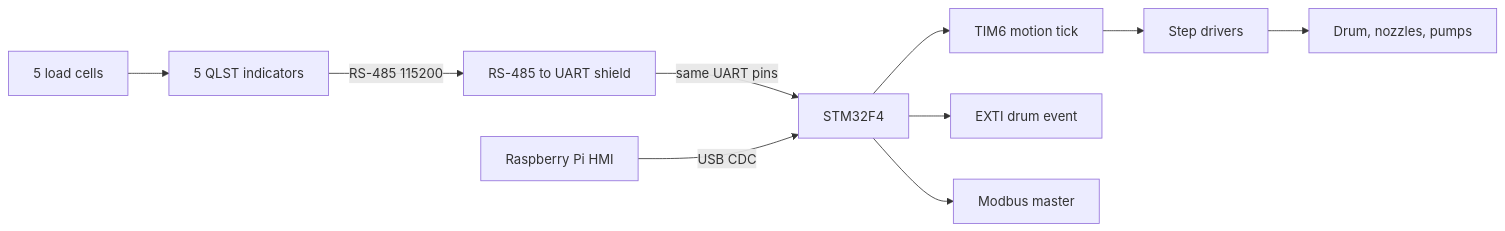
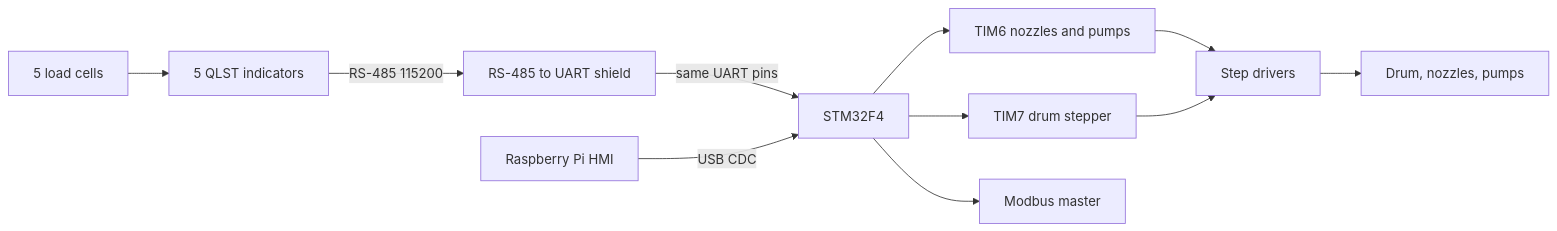
The second of 2 diagrams in _portfolio/0-filling.md (alibeknakhimov/portfolio.github.io), drawn with Mermaid before and after one commit. The commit also changed other lines of this file, not shown here.

Commit message:
another fix

```diff
--- a/_portfolio/0-filling.md
+++ b/_portfolio/0-filling.md
@@ -56,12 +56,13 @@
 <pre class="mermaid">
 flowchart LR
     LC[5 load cells] --> Q[5 QLST indicators]
     Q -->|RS-485 115200| SH[RS-485 to UART shield]
     SH -->|same UART pins| MCU[STM32F4]
-    MCU --> TIM[TIM6 motion tick]
-    MCU --> EXTI[EXTI drum event]
+    MCU --> TIM[TIM6 nozzles and pumps]
+    MCU --> DRUMIRQ[TIM7 drum stepper]
     MCU --> MB[Modbus master]
     TIM --> DRV[Step drivers]
+    DRUMIRQ --> DRV
     DRV --> MECH[Drum, nozzles, pumps]
     PI[Raspberry Pi HMI] -->|USB CDC| MCU
 </pre>
```
